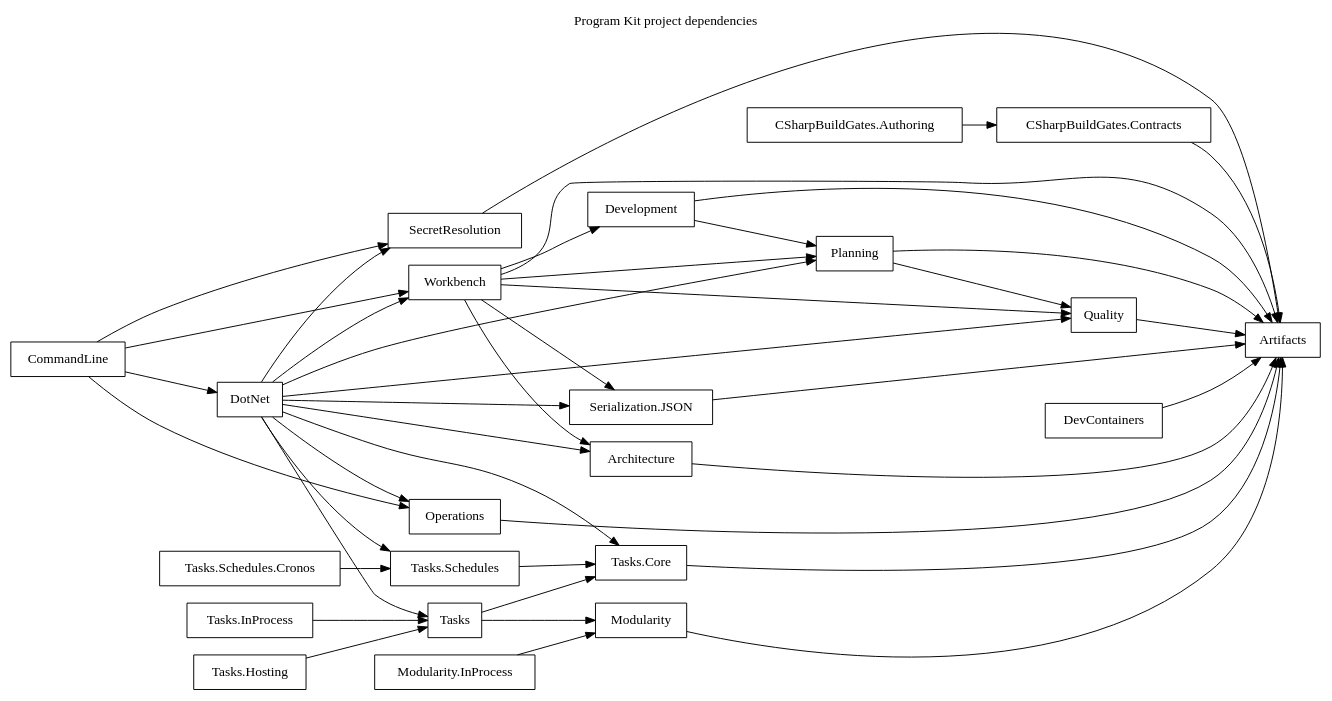
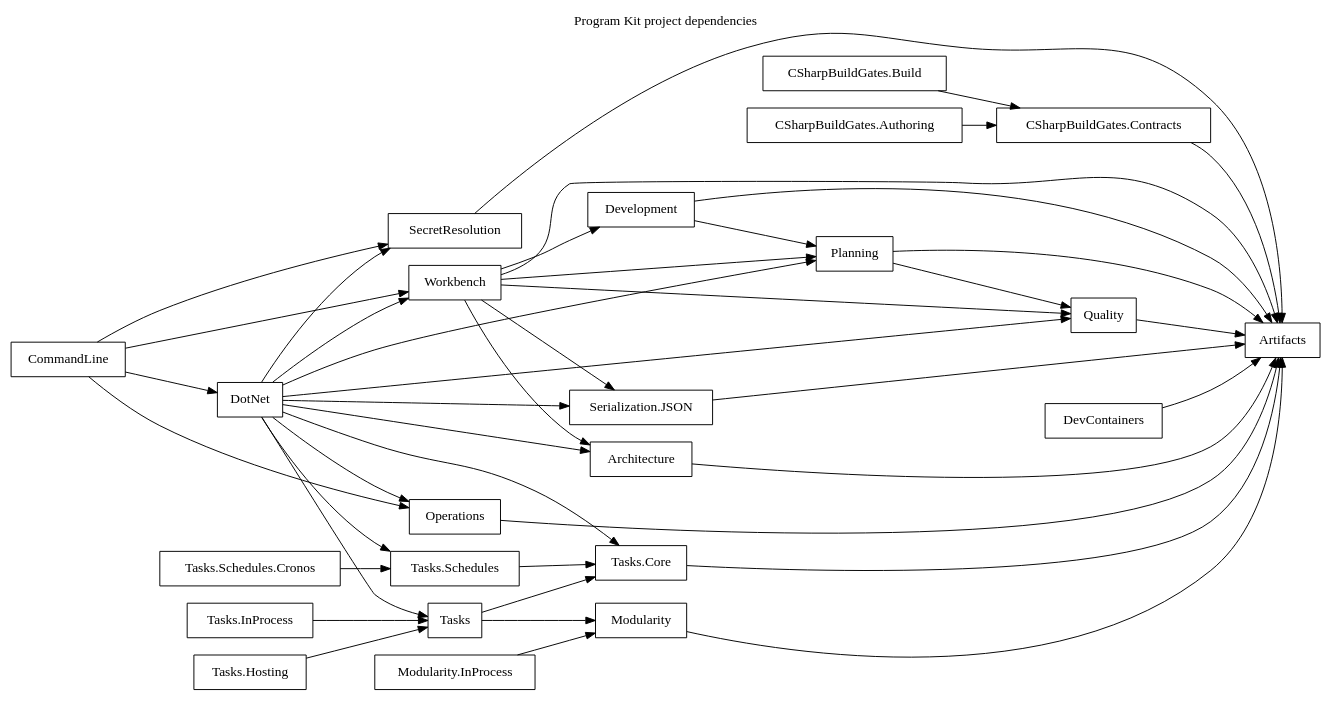
The diagram in artifacts/self-hosted/dependency-graph.dot (orbyss-io/program-kit), drawn with Graphviz before and after one commit. The commit also changed 17 other files, not shown here.

Commit message:
feat(build-gates): enforce exact analyzer invocation

```diff
--- a/artifacts/self-hosted/dependency-graph.dot
+++ b/artifacts/self-hosted/dependency-graph.dot
@@ -1,46 +1,47 @@
 digraph ProgramKitDependencies {
   graph [label="Program Kit project dependencies", labelloc="t", rankdir="LR"];
   node [shape="box"];
 
   "Architecture" -> "Artifacts";
   "CSharpBuildGates.Authoring" -> "CSharpBuildGates.Contracts";
+  "CSharpBuildGates.Build" -> "CSharpBuildGates.Contracts";
   "CSharpBuildGates.Contracts" -> "Artifacts";
   "CommandLine" -> "DotNet";
   "CommandLine" -> "Operations";
   "CommandLine" -> "SecretResolution";
   "CommandLine" -> "Workbench";
   "Development" -> "Artifacts";
   "Development" -> "Planning";
   "DevContainers" -> "Artifacts";
   "DotNet" -> "Architecture";
   "DotNet" -> "Operations";
   "DotNet" -> "Planning";
   "DotNet" -> "Quality";
   "DotNet" -> "SecretResolution";
   "DotNet" -> "Serialization.JSON";
   "DotNet" -> "Tasks";
   "DotNet" -> "Tasks.Core";
   "DotNet" -> "Tasks.Schedules";
   "DotNet" -> "Workbench";
   "Modularity" -> "Artifacts";
   "Modularity.InProcess" -> "Modularity";
   "Operations" -> "Artifacts";
   "Planning" -> "Artifacts";
   "Planning" -> "Quality";
   "Quality" -> "Artifacts";
   "SecretResolution" -> "Artifacts";
   "Serialization.JSON" -> "Artifacts";
   "Tasks" -> "Modularity";
   "Tasks" -> "Tasks.Core";
   "Tasks.Core" -> "Artifacts";
   "Tasks.Hosting" -> "Tasks";
   "Tasks.InProcess" -> "Tasks";
   "Tasks.Schedules" -> "Tasks.Core";
   "Tasks.Schedules.Cronos" -> "Tasks.Schedules";
   "Workbench" -> "Architecture";
   "Workbench" -> "Artifacts";
   "Workbench" -> "Development";
   "Workbench" -> "Planning";
   "Workbench" -> "Quality";
   "Workbench" -> "Serialization.JSON";
 }
```
